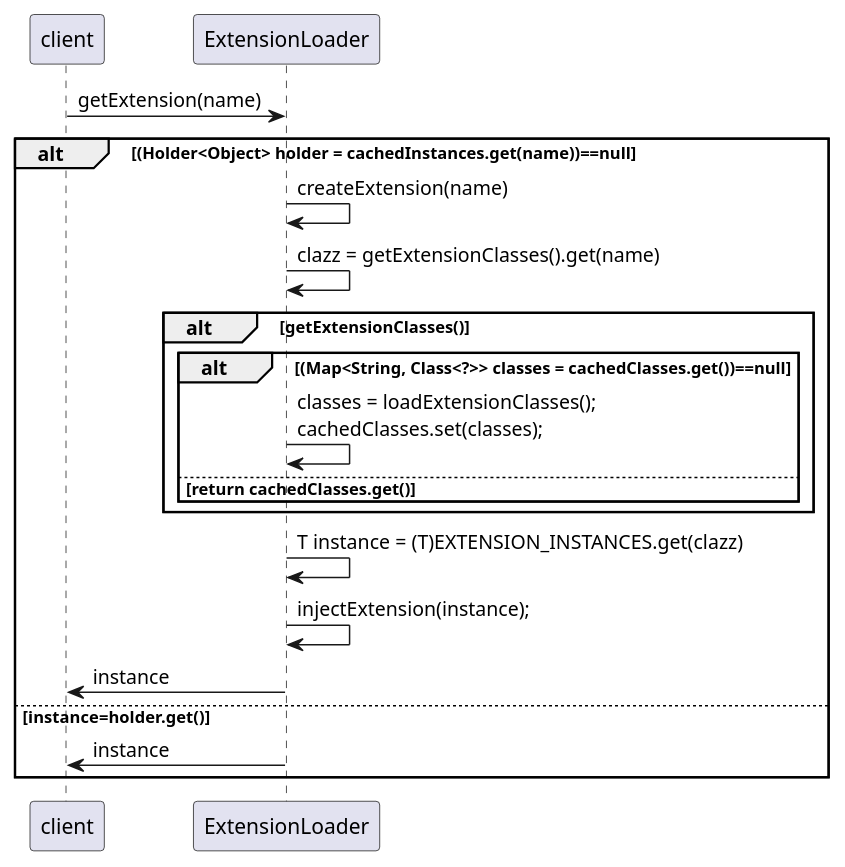
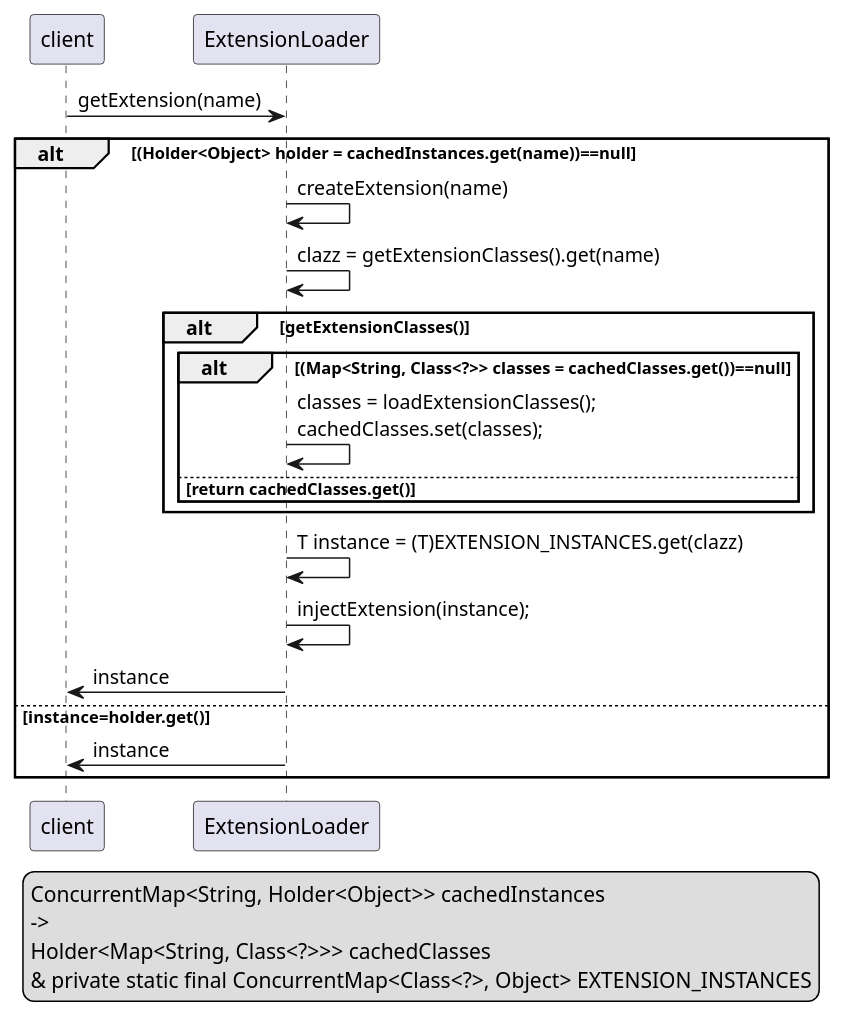
One commit to newbigTech/myDesignPattern changed the diagram in uml/dubbo/ExtensionLoader.puml. Above: the diagram before and after it, drawn with PlantUML.

Commit message:
dubbo-getExtension(name)时序图

```diff
--- a/uml/dubbo/ExtensionLoader.puml
+++ b/uml/dubbo/ExtensionLoader.puml
@@ -1,22 +1,27 @@
 @startuml
 participant "client"         as client
 participant "ExtensionLoader"         as ExtensionLoader
 
 client -> ExtensionLoader:getExtension(name)
 alt (Holder<Object> holder = cachedInstances.get(name))==null
     ExtensionLoader -> ExtensionLoader:createExtension(name)
     ExtensionLoader -> ExtensionLoader:clazz = getExtensionClasses().get(name)
     alt getExtensionClasses()
         alt (Map<String, Class<?>> classes = cachedClasses.get())==null
             ExtensionLoader->ExtensionLoader:classes = loadExtensionClasses();\ncachedClasses.set(classes);
         else return cachedClasses.get()
         end
     end
     ExtensionLoader -> ExtensionLoader:T instance = (T)EXTENSION_INSTANCES.get(clazz)
     ExtensionLoader -> ExtensionLoader:injectExtension(instance);
     ExtensionLoader->client:instance
 else instance=holder.get()
     ExtensionLoader->client:instance
 end
-
+legend center
+    ConcurrentMap<String, Holder<Object>> cachedInstances
+    ->
+    Holder<Map<String, Class<?>>> cachedClasses
+    & private static final ConcurrentMap<Class<?>, Object> EXTENSION_INSTANCES
+endlegend
 @enduml
```
